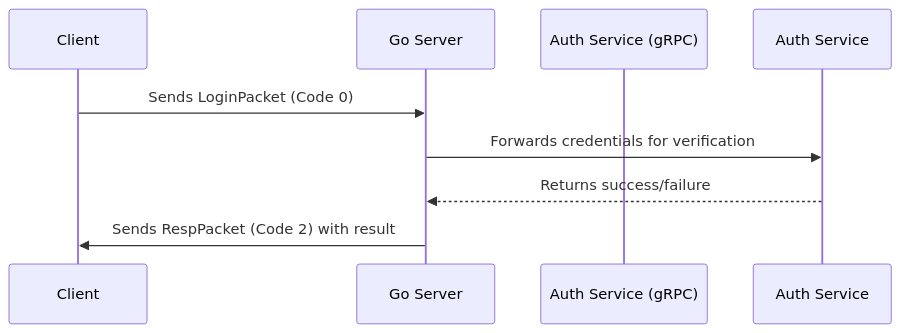
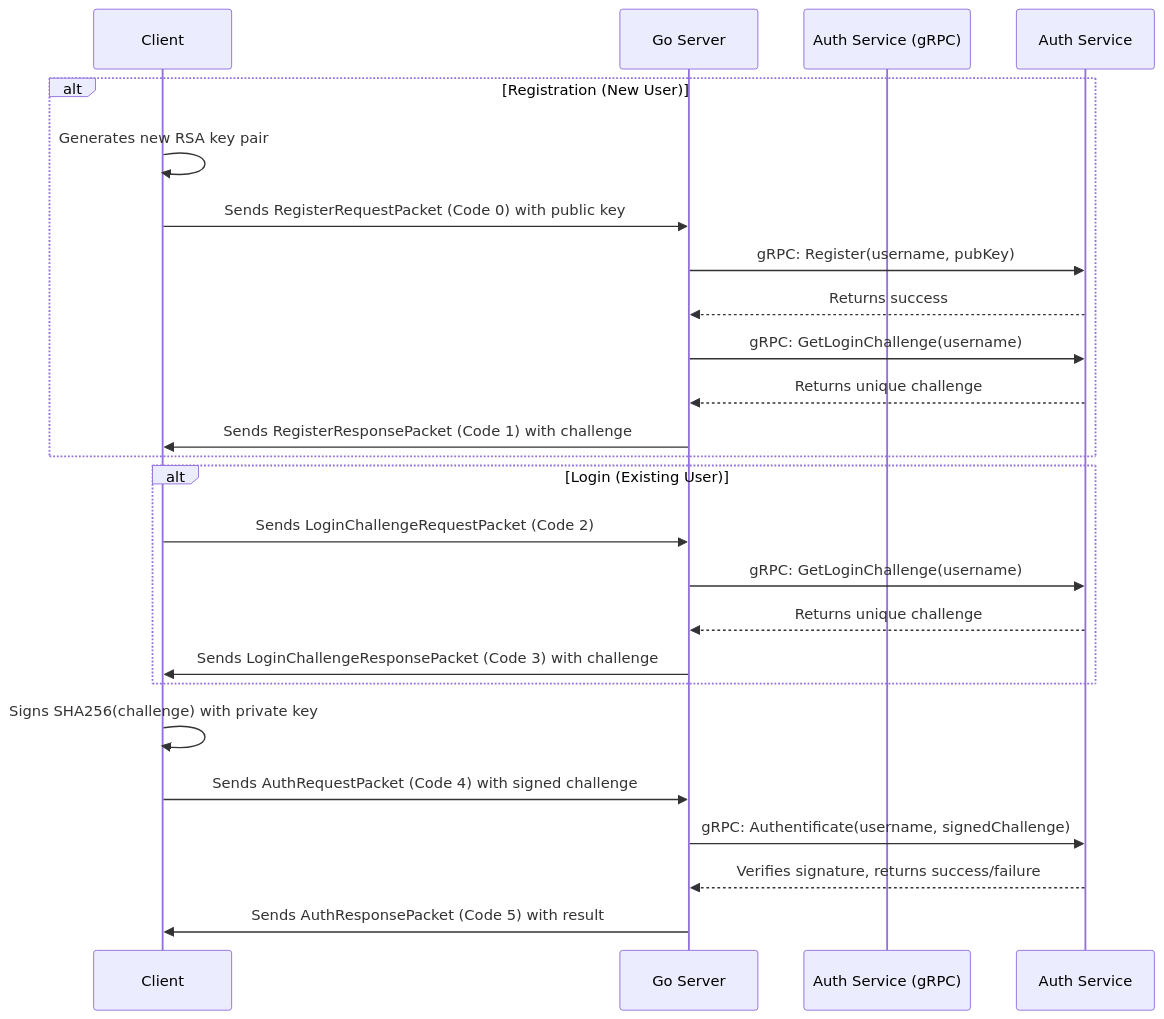
One commit to GrGLeo/TermArena changed the first of 3 diagrams in documentation/detailed/networking.md. Above: the diagram before and after it, drawn with Mermaid. The commit also changed other lines of this file and 1 other file, not shown here.

````diff
--- a/documentation/detailed/networking.md
+++ b/documentation/detailed/networking.md
@@ -35,11 +35,29 @@
 ```mermaid
 sequenceDiagram
     participant Client
     participant Go Server
     participant Auth Service (gRPC)
 
-    Client->>Go Server: Sends LoginPacket (Code 0)
-    Go Server->>Auth Service: Forwards credentials for verification
-    Auth Service-->>Go Server: Returns success/failure
-    Go Server->>Client: Sends RespPacket (Code 2) with result
+    alt Registration (New User)
+        Client->>Client: Generates new RSA key pair
+        Client->>Go Server: Sends RegisterRequestPacket (Code 0) with public key
+        Go Server->>Auth Service: gRPC: Register(username, pubKey)
+        Auth Service-->>Go Server: Returns success
+        Go Server->>Auth Service: gRPC: GetLoginChallenge(username)
+        Auth Service-->>Go Server: Returns unique challenge
+        Go Server->>Client: Sends RegisterResponsePacket (Code 1) with challenge
+    end
+
+    alt Login (Existing User)
+        Client->>Go Server: Sends LoginChallengeRequestPacket (Code 2)
+        Go Server->>Auth Service: gRPC: GetLoginChallenge(username)
+        Auth Service-->>Go Server: Returns unique challenge
+        Go Server->>Client: Sends LoginChallengeResponsePacket (Code 3) with challenge
+    end
+
+    Client->>Client: Signs SHA256(challenge) with private key
+    Client->>Go Server: Sends AuthRequestPacket (Code 4) with signed challenge
+    Go Server->>Auth Service: gRPC: Authentificate(username, signedChallenge)
+    Auth Service-->>Go Server: Verifies signature, returns success/failure
+    Go Server->>Client: Sends AuthResponsePacket (Code 5) with result
 ```
````
